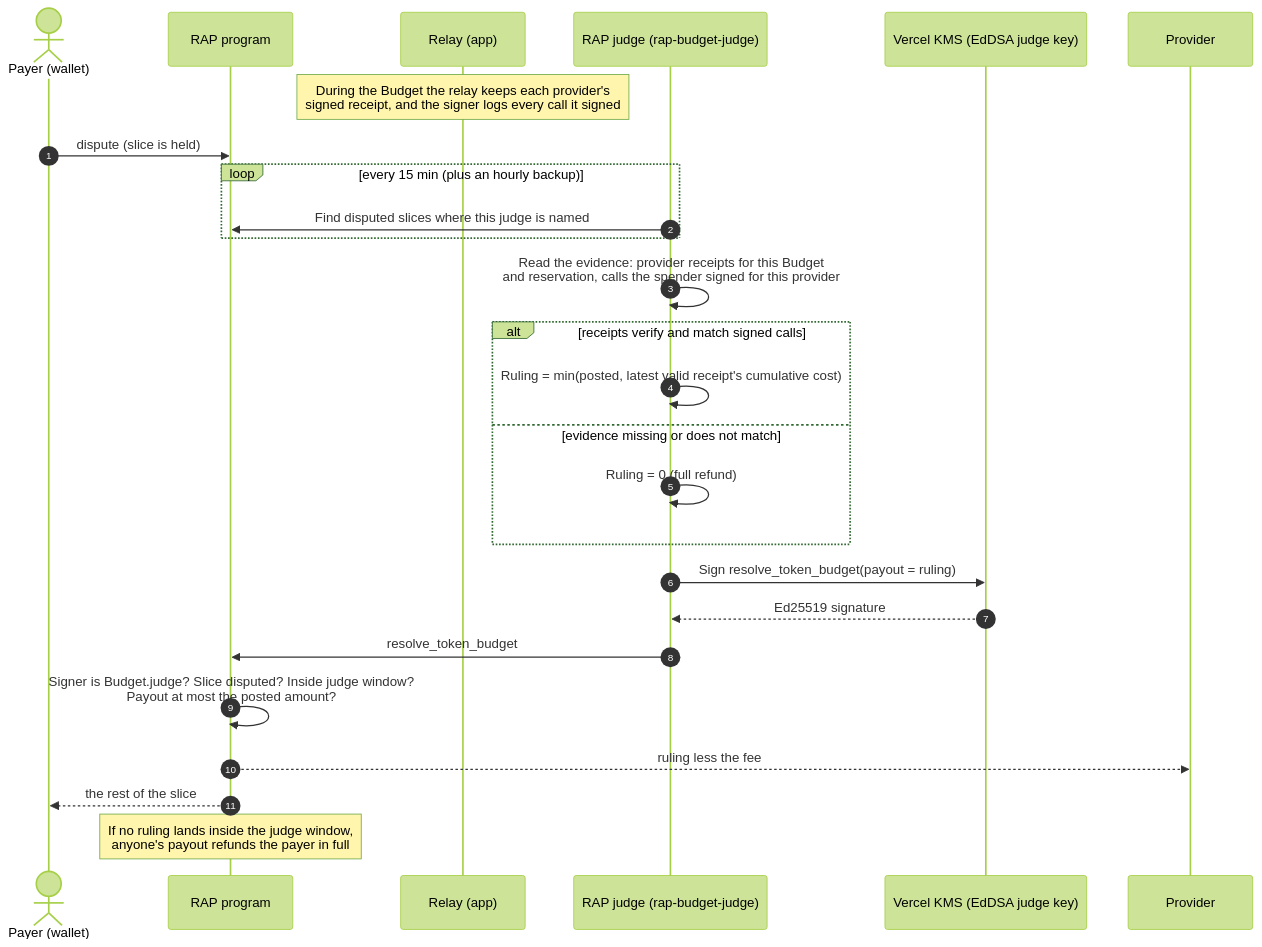
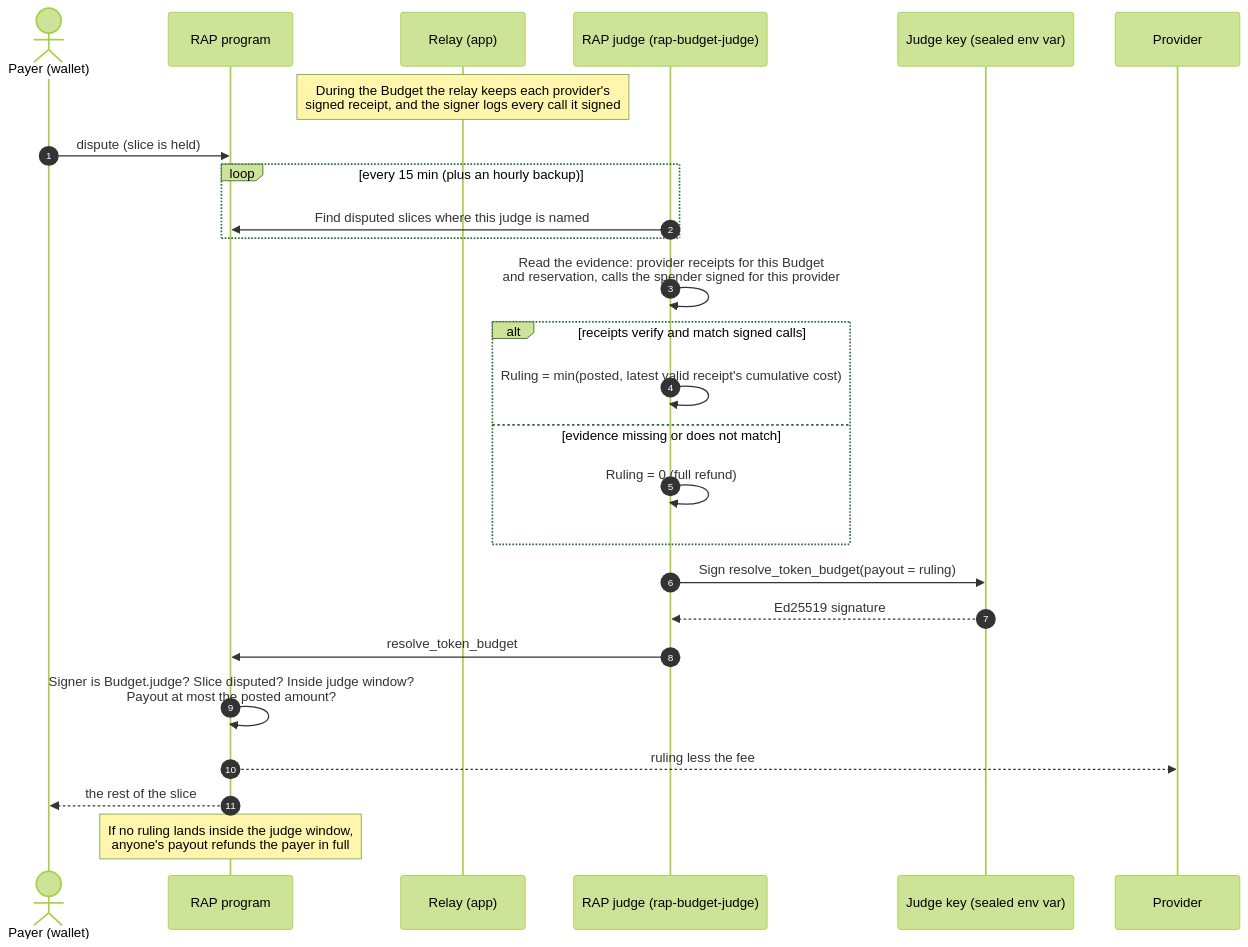
The first of 2 diagrams in docs/architecture/06-budget-judge.md (nissan/reddi-agent-protocol), drawn with Mermaid (forest theme) before and after one commit. The commit also changed other lines of this file and 9 other files, not shown here.

First line of the commit message:
Budget judge: hold the key in a sealed env var (Vercel KMS has no Ed25519)

````diff
--- a/docs/architecture/06-budget-judge.md
+++ b/docs/architecture/06-budget-judge.md
@@ -9,29 +9,29 @@
 ```mermaid
 sequenceDiagram
   autonumber
   actor Payer as Payer (wallet)
   participant R as RAP program
   participant Relay as Relay (app)
   participant J as RAP judge (rap-budget-judge)
-  participant KMS as Vercel KMS (EdDSA judge key)
+  participant KMS as Judge key (sealed env var)
   participant Prov as Provider
 
   Note over Relay: During the Budget the relay keeps each provider's<br/>signed receipt, and the signer logs every call it signed
   Payer->>R: dispute (slice is held)
   loop every 15 min (plus an hourly backup)
     J->>R: Find disputed slices where this judge is named
   end
   J->>J: Read the evidence: provider receipts for this Budget<br/>and reservation, calls the spender signed for this provider
   alt receipts verify and match signed calls
     J->>J: Ruling = min(posted, latest valid receipt's cumulative cost)
   else evidence missing or does not match
     J->>J: Ruling = 0 (full refund)
   end
   J->>KMS: Sign resolve_token_budget(payout = ruling)
   KMS-->>J: Ed25519 signature
   J->>R: resolve_token_budget
   R->>R: Signer is Budget.judge? Slice disputed? Inside judge window?<br/>Payout at most the posted amount?
   R-->>Prov: ruling less the fee
   R-->>Payer: the rest of the slice
   Note over R: If no ruling lands inside the judge window,<br/>anyone's payout refunds the payer in full
 ```
````
